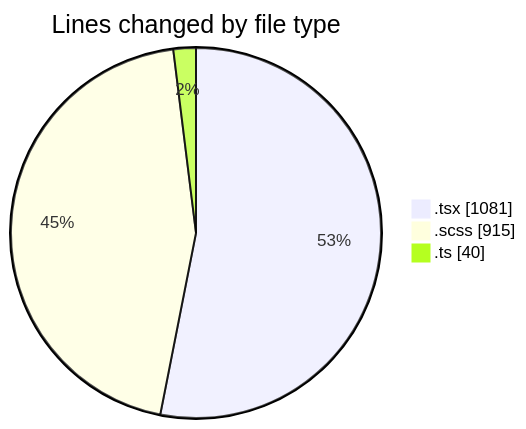
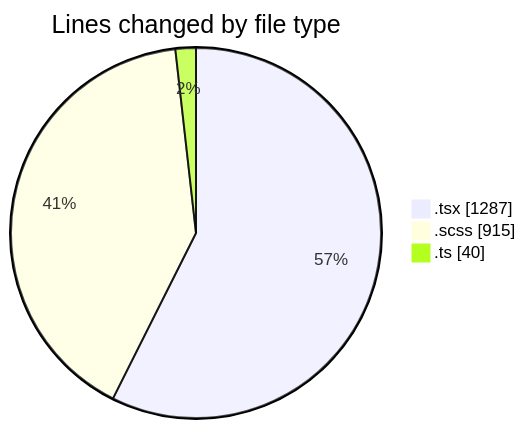
Before and after one commit to momahboobian/code-tracking: the first of 2 diagrams in 2025-03-27/cda/README.md, drawn with Mermaid. The commit also changed other lines of this file and 1 other file, not shown here.

````diff
--- a/2025-03-27/cda/README.md
+++ b/2025-03-27/cda/README.md
@@ -26,7 +29,7 @@
 ```mermaid
 pie showData
 title Lines changed by file type
-".tsx" : 1081
+".tsx" : 1287
 ".scss" : 915
 ".ts" : 40
 ```
````
